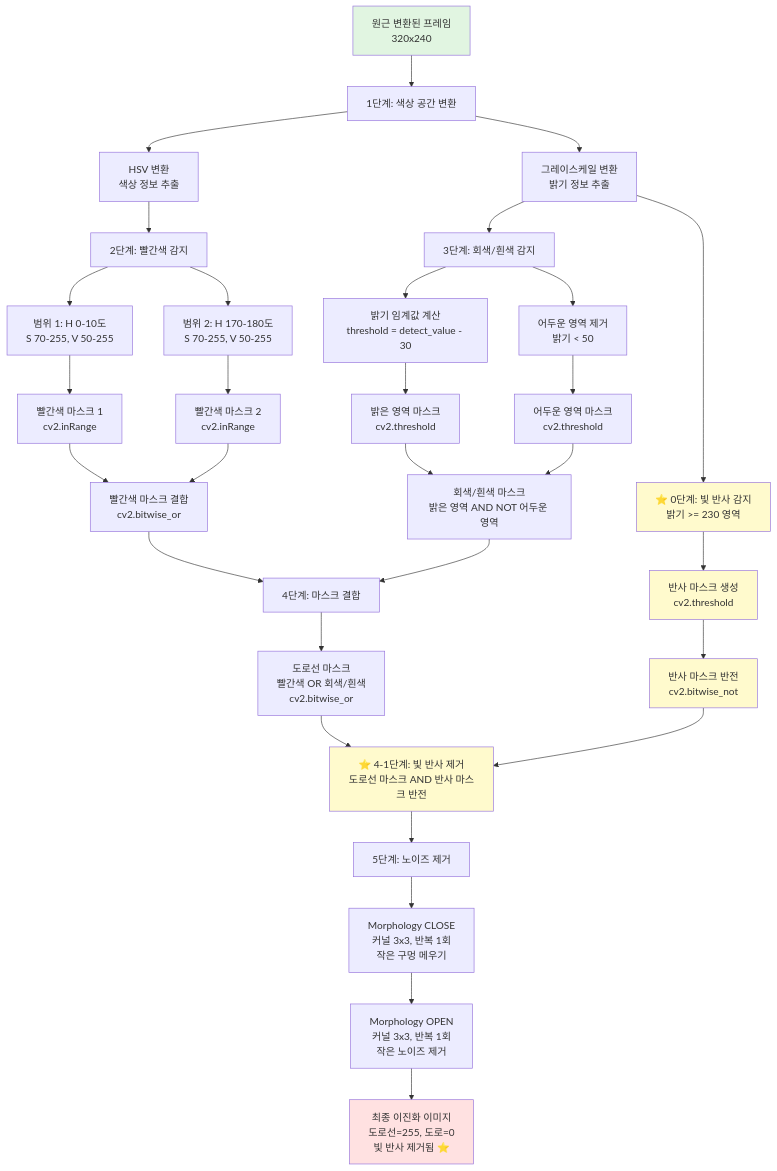
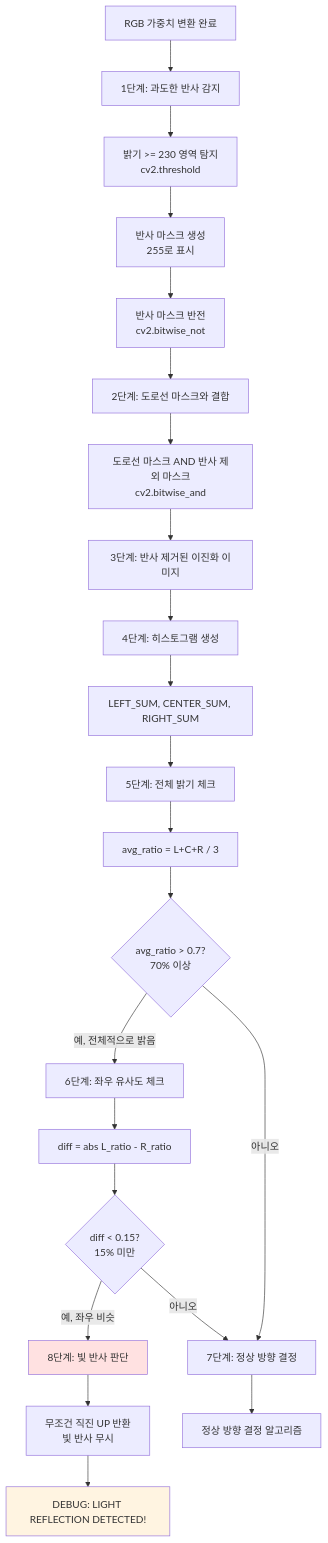
One commit to Collegenie-X/Raspbot-v2-self-driving-car changed diagram 11 of 12 in 03_self_driving/AUTOPLOT_SYSTEM_ANALYSIS.md. Above: the diagram before and after it, drawn with Mermaid. The commit also changed other lines of this file and 5 other files, not shown here.

````diff
--- a/03_self_driving/AUTOPLOT_SYSTEM_ANALYSIS.md
+++ b/03_self_driving/AUTOPLOT_SYSTEM_ANALYSIS.md
@@ -1198,45 +912,35 @@
 ```mermaid
 flowchart TD
-    A[원근 변환된 프레임<br/>320x240] --> B[1단계: 색상 공간 변환]
-    B --> B1[HSV 변환<br/>색상 정보 추출]
-    B --> B2[그레이스케일 변환<br/>밝기 정보 추출]
+    A[RGB 가중치 변환 완료] --> B[1단계: 과도한 반사 감지]
+    B --> B1[밝기 >= 230 영역 탐지<br/>cv2.threshold]
+    B1 --> B2[반사 마스크 생성<br/>255로 표시]
+    B2 --> B3[반사 마스크 반전<br/>cv2.bitwise_not]
     
-    B2 --> B3[⭐ 0단계: 빛 반사 감지<br/>밝기 >= 230 영역]
-    B3 --> B4[반사 마스크 생성<br/>cv2.threshold]
-    B4 --> B5[반사 마스크 반전<br/>cv2.bitwise_not]
+    B3 --> C[2단계: 도로선 마스크와 결합]
+    C --> C1[도로선 마스크 AND 반사 제외 마스크<br/>cv2.bitwise_and]
+    C1 --> D[3단계: 반사 제거된 이진화 이미지]
     
-    B1 --> C[2단계: 빨간색 감지]
-    C --> C1[범위 1: H 0-10도<br/>S 70-255, V 50-255]
-    C --> C2[범위 2: H 170-180도<br/>S 70-255, V 50-255]
-    C1 --> D[빨간색 마스크 1<br/>cv2.inRange]
-    C2 --> E[빨간색 마스크 2<br/>cv2.inRange]
-    D --> F[빨간색 마스크 결합<br/>cv2.bitwise_or]
-    E --> F
+    D --> E[4단계: 히스토그램 생성]
+    E --> E1[LEFT_SUM, CENTER_SUM, RIGHT_SUM]
     
-    B2 --> G[3단계: 회색/흰색 감지]
-    G --> G1[밝기 임계값 계산<br/>threshold = detect_value - 30]
-    G --> G2[어두운 영역 제거<br/>밝기 < 50]
-    G1 --> H[밝은 영역 마스크<br/>cv2.threshold]
-    G2 --> I[어두운 영역 마스크<br/>cv2.threshold]
-    H --> J[회색/흰색 마스크<br/>밝은 영역 AND NOT 어두운 영역]
-    I --> J
+    E1 --> F[5단계: 전체 밝기 체크]
+    F --> F1[avg_ratio = L+C+R / 3]
+    F1 --> G{avg_ratio > 0.7?<br/>70% 이상}
     
-    F --> K[4단계: 마스크 결합]
-    J --> K
-    K --> L[도로선 마스크<br/>빨간색 OR 회색/흰색<br/>cv2.bitwise_or]
+    G -->|예, 전체적으로 밝음| H[6단계: 좌우 유사도 체크]
+    G -->|아니오| I[7단계: 정상 방향 결정]
     
-    L --> L1[⭐ 4-1단계: 빛 반사 제거<br/>도로선 마스크 AND 반사 마스크 반전]
-    B5 --> L1
-    L1 --> M[5단계: 노이즈 제거]
+    H --> H1[diff = abs L_ratio - R_ratio]
+    H1 --> J{diff < 0.15?<br/>15% 미만}
     
-    M --> M1[Morphology CLOSE<br/>커널 3x3, 반복 1회<br/>작은 구멍 메우기]
-    M1 --> M2[Morphology OPEN<br/>커널 3x3, 반복 1회<br/>작은 노이즈 제거]
-    M2 --> N[최종 이진화 이미지<br/>도로선=255, 도로=0<br/>빛 반사 제거됨 ⭐]
+    J -->|예, 좌우 비슷| K[8단계: 빛 반사 판단]
+    J -->|아니오| I
     
-    style A fill:#e1f5e1
-    style N fill:#ffe1e1
-    style L1 fill:#fffacd
-    style B3 fill:#fffacd
-    style B4 fill:#fffacd
-    style B5 fill:#fffacd
+    K --> K1[무조건 직진 UP 반환<br/>빛 반사 무시]
+    K1 --> L[DEBUG: LIGHT REFLECTION DETECTED!]
+    
+    I --> M[정상 방향 결정 알고리즘]
+    
+    style K fill:#ffe1e1
+    style L fill:#fff4e1
 ```
````
